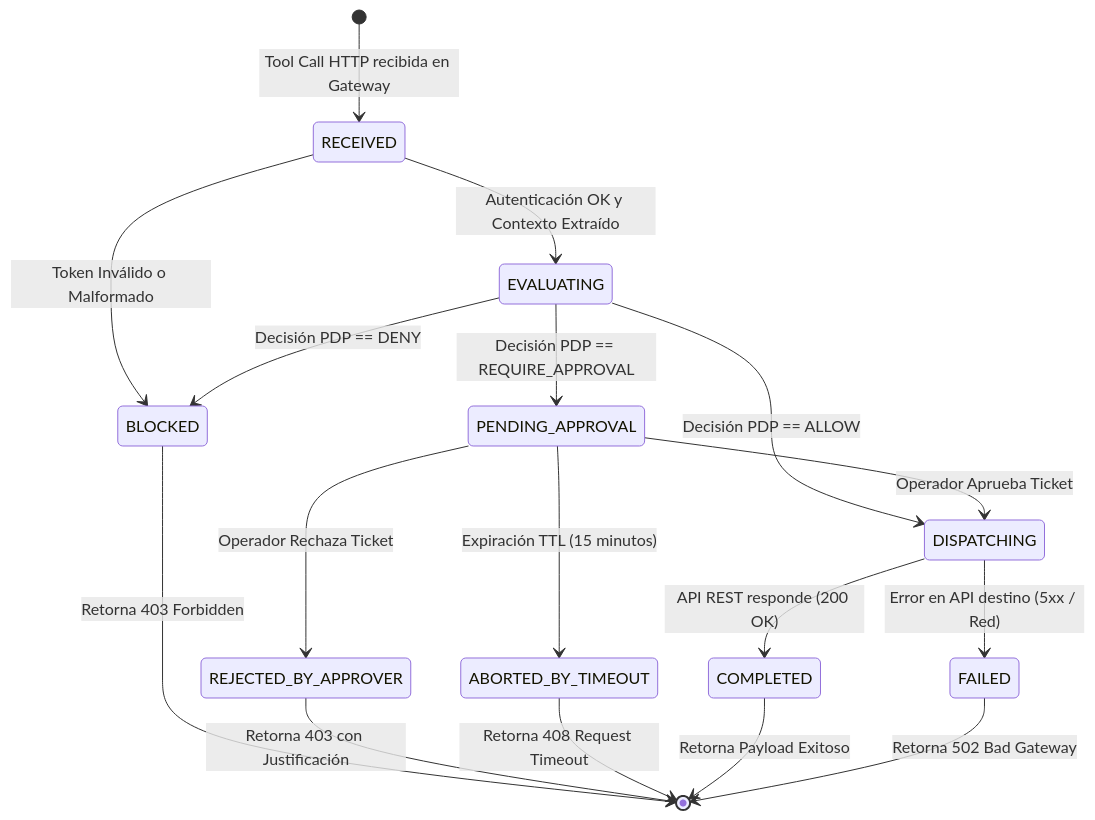
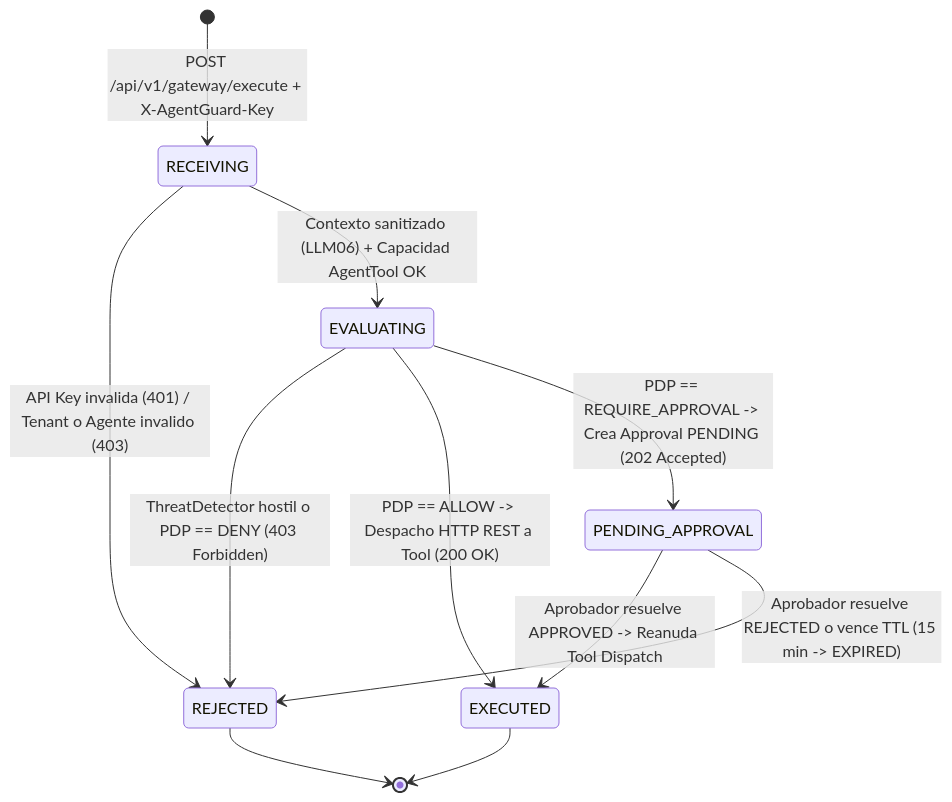
Before and after one commit to jmbatiatto/AgentGuard: the first of 3 diagrams in agentguard_estados_ciclo_vida.md, drawn with Mermaid. The commit also changed other lines of this file and 11 other files, not shown here.

````diff
--- a/agentguard_estados_ciclo_vida.md
+++ b/agentguard_estados_ciclo_vida.md
@@ -21,24 +25,17 @@
 ```mermaid
 stateDiagram-v2
-    [*] --> RECEIVED: Tool Call HTTP recibida en Gateway
-    
-    RECEIVED --> EVALUATING: Autenticación OK y Contexto Extraído
-    RECEIVED --> BLOCKED: Token Inválido o Malformado
-    
-    EVALUATING --> BLOCKED: Decisión PDP == DENY
-    EVALUATING --> DISPATCHING: Decisión PDP == ALLOW
-    EVALUATING --> PENDING_APPROVAL: Decisión PDP == REQUIRE_APPROVAL
-    
-    PENDING_APPROVAL --> DISPATCHING: Operador Aprueba Ticket
-    PENDING_APPROVAL --> REJECTED_BY_APPROVER: Operador Rechaza Ticket
-    PENDING_APPROVAL --> ABORTED_BY_TIMEOUT: Expiración TTL (15 minutos)
-    
-    DISPATCHING --> COMPLETED: API REST responde (200 OK)
-    DISPATCHING --> FAILED: Error en API destino (5xx / Red)
-    
-    BLOCKED --> [*]: Retorna 403 Forbidden
-    REJECTED_BY_APPROVER --> [*]: Retorna 403 con Justificación
-    ABORTED_BY_TIMEOUT --> [*]: Retorna 408 Request Timeout
-    COMPLETED --> [*]: Retorna Payload Exitoso
-    FAILED --> [*]: Retorna 502 Bad Gateway
+    [*] --> RECEIVING: POST /api/v1/gateway/execute + X-AgentGuard-Key
+
+    RECEIVING --> REJECTED: API Key invalida (401) / Tenant o Agente invalido (403)
+    RECEIVING --> EVALUATING: Contexto sanitizado (LLM06) + Capacidad AgentTool OK
+
+    EVALUATING --> REJECTED: ThreatDetector hostil o PDP == DENY (403 Forbidden)
+    EVALUATING --> EXECUTED: PDP == ALLOW -> Despacho HTTP REST a Tool (200 OK)
+    EVALUATING --> PENDING_APPROVAL: PDP == REQUIRE_APPROVAL -> Crea Approval PENDING (202 Accepted)
+
+    PENDING_APPROVAL --> EXECUTED: Aprobador resuelve APPROVED -> Reanuda Tool Dispatch
+    PENDING_APPROVAL --> REJECTED: Aprobador resuelve REJECTED o vence TTL (15 min -> EXPIRED)
+
+    EXECUTED --> [*]
+    REJECTED --> [*]
 ```
````
